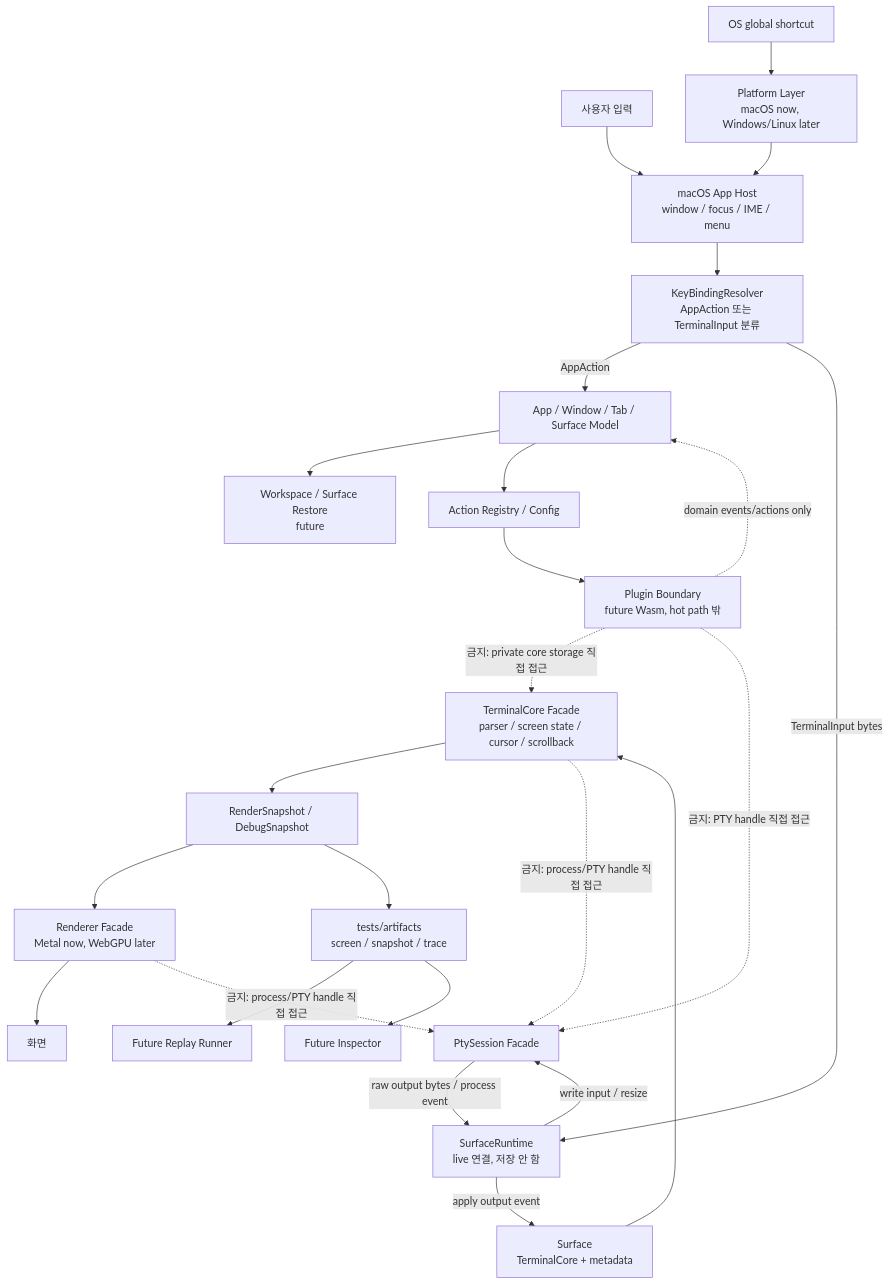
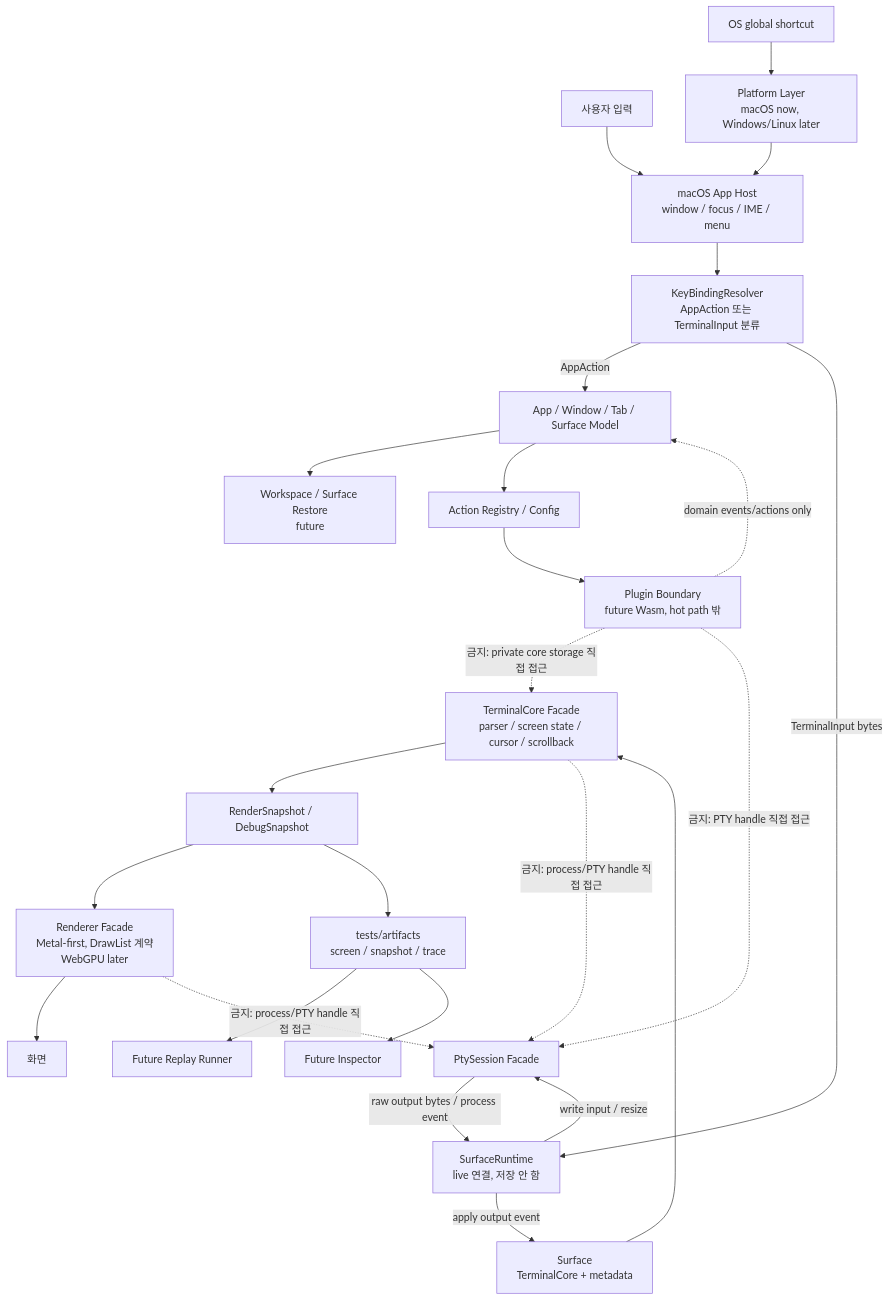
Before and after one commit to ohah/maru: the diagram in docs/architecture.md, drawn with Mermaid. The commit also changed other lines of this file and 20 other files, not shown here.

````diff
--- a/docs/architecture.md
+++ b/docs/architecture.md
@@ -39,34 +39,34 @@
 ```mermaid
 flowchart TD
     User[사용자 입력] --> AppHost[macOS App Host<br/>window / focus / IME / menu]
     GlobalShortcut[OS global shortcut] --> Platform[Platform Layer<br/>macOS now, Windows/Linux later]
     Platform --> AppHost
 
     AppHost --> Resolver[KeyBindingResolver<br/>AppAction 또는 TerminalInput 분류]
     Resolver -->|AppAction| AppModel[App / Window / Tab / Surface Model]
     Resolver -->|TerminalInput bytes| SurfaceRuntime[SurfaceRuntime<br/>live 연결, 저장 안 함]
 
     SurfaceRuntime -->|write input / resize| PtySession[PtySession Facade]
     PtySession -->|raw output bytes / process event| SurfaceRuntime
     SurfaceRuntime -->|apply output event| Surface[Surface<br/>TerminalCore + metadata]
     Surface --> TerminalCore[TerminalCore Facade<br/>parser / screen state / cursor / scrollback]
     TerminalCore --> Snapshot[RenderSnapshot / DebugSnapshot]
 
-    Snapshot --> Renderer[Renderer Facade<br/>Metal now, WebGPU later]
+    Snapshot --> Renderer[Renderer Facade<br/>Metal-first, DrawList 계약<br/>WebGPU later]
     Renderer --> Screen[화면]
 
     Snapshot --> Artifacts[tests/artifacts<br/>screen / snapshot / trace]
     Artifacts --> Replay[Future Replay Runner]
     Artifacts --> Inspector[Future Inspector]
 
     AppModel --> Workspace[Workspace / Surface Restore<br/>future]
     AppModel --> ActionRegistry[Action Registry / Config]
     ActionRegistry --> PluginBoundary[Plugin Boundary<br/>future Wasm, hot path 밖]
 
     PluginBoundary -.domain events/actions only.-> AppModel
 
     TerminalCore -.금지: process/PTY handle 직접 접근.-> PtySession
     Renderer -.금지: process/PTY handle 직접 접근.-> PtySession
     PluginBoundary -.금지: private core storage 직접 접근.-> TerminalCore
     PluginBoundary -.금지: PTY handle 직접 접근.-> PtySession
 ```
````
